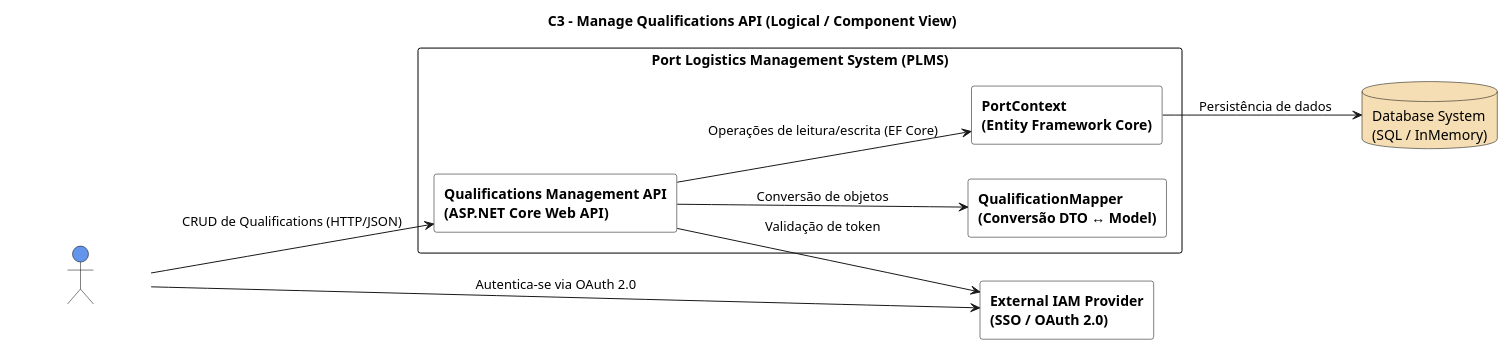
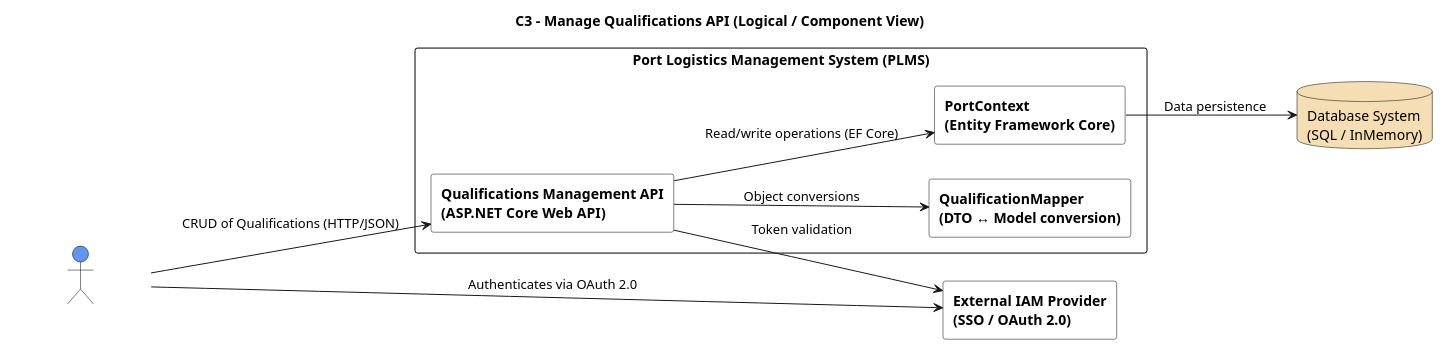
One commit to Departamento-de-Engenharia-Informatica/LEI-SEM5-PI-2025-26-3DM-03 changed the diagram in Docs/Sprint A/US 2.2.13/Modelo c4/C3_logica.puml. Above: the diagram before and after it, drawn with PlantUML. The commit also changed 10 other files, not shown here.

Commit message:
Translate UML diagrams and documentation for Manage Qualifications use case to English (us 2.2.13) #14

```diff
--- a/Docs/Sprint A/US 2.2.13/Modelo c4/C3_logica.puml
+++ b/Docs/Sprint A/US 2.2.13/Modelo c4/C3_logica.puml
@@ -1,43 +1,43 @@
 @startuml C3_Manage_Qualifications_Logical_View
 title C3 – Manage Qualifications API (Logical / Component View)
 left to right direction
 hide empty members
 
 skinparam rectangle {
   BackgroundColor White
   BorderColor Black
   FontColor Black
   FontStyle bold
 }
 skinparam database {
   BackgroundColor Wheat
   BorderColor Black
   FontColor Black
 }
 skinparam actor {
   BackgroundColor CornflowerBlue
   FontColor White
   BorderColor Black
 }
 
 actor "Port Authority Officer" as Officer
 
 rectangle "Port Logistics Management System (PLMS)" as PLMS {
   
   rectangle "Qualifications Management API\n(ASP.NET Core Web API)" as API
-  rectangle "QualificationMapper\n(Conversão DTO ↔ Model)" as Mapper
+  rectangle "QualificationMapper\n(DTO ↔ Model conversion)" as Mapper
   rectangle "PortContext\n(Entity Framework Core)" as Context
 }
 
 database "Database System\n(SQL / InMemory)" as DB
 rectangle "External IAM Provider\n(SSO / OAuth 2.0)" as IAM
 
-' === RELAÇÕES ===
-Officer --> API : CRUD de Qualifications (HTTP/JSON)
-Officer --> IAM : Autentica-se via OAuth 2.0
-API --> IAM : Validação de token
-API --> Mapper : Conversão de objetos
-API --> Context : Operações de leitura/escrita (EF Core)
-Context --> DB : Persistência de dados
+' === RELATIONSHIPS ===
+Officer --> API : CRUD of Qualifications (HTTP/JSON)
+Officer --> IAM : Authenticates via OAuth 2.0
+API --> IAM : Token validation
+API --> Mapper : Object conversions
+API --> Context : Read/write operations (EF Core)
+Context --> DB : Data persistence
 
 @enduml
```
